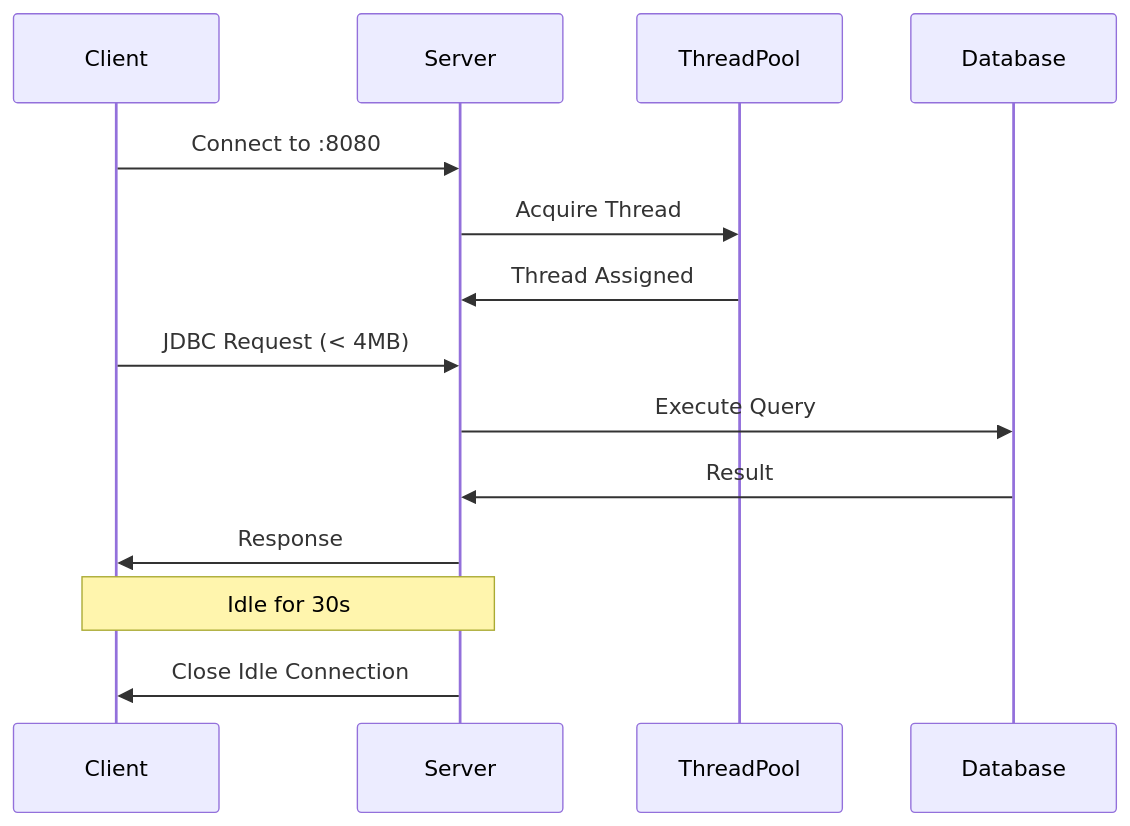
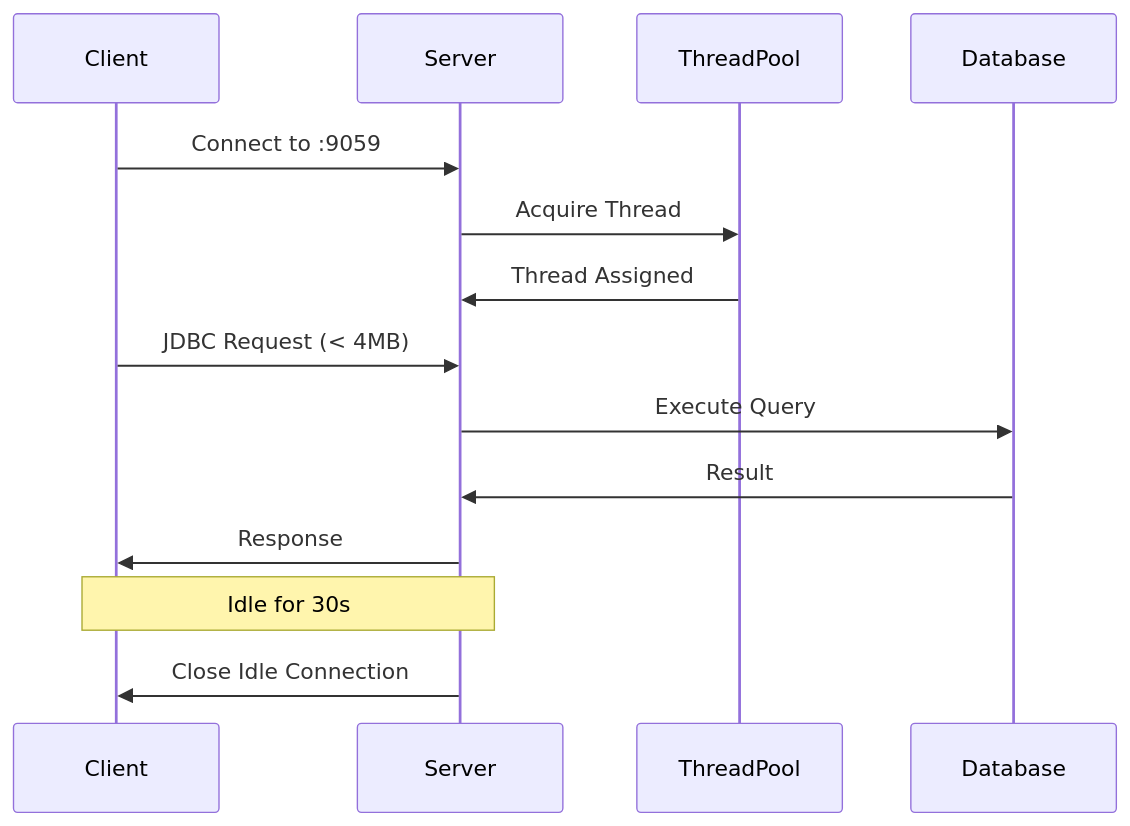
One commit to jenspapenhagen/ojp changed the second of 7 diagrams in documents/ebook/part2-chapter6-server-configuration.md. Above: the diagram before and after it, drawn with Mermaid. The commit also changed other lines of this file and 6 other files, not shown here.

````diff
--- a/documents/ebook/part2-chapter6-server-configuration.md
+++ b/documents/ebook/part2-chapter6-server-configuration.md
@@ -66,17 +66,17 @@
 ```mermaid
 sequenceDiagram
     participant Client
     participant Server
     participant ThreadPool
     participant Database
     
-    Client->>Server: Connect to :8080
+    Client->>Server: Connect to :9059
     Server->>ThreadPool: Acquire Thread
     ThreadPool->>Server: Thread Assigned
     Client->>Server: JDBC Request (< 4MB)
     Server->>Database: Execute Query
     Database->>Server: Result
     Server->>Client: Response
     Note over Client,Server: Idle for 30s
     Server->>Client: Close Idle Connection
 ```
````
